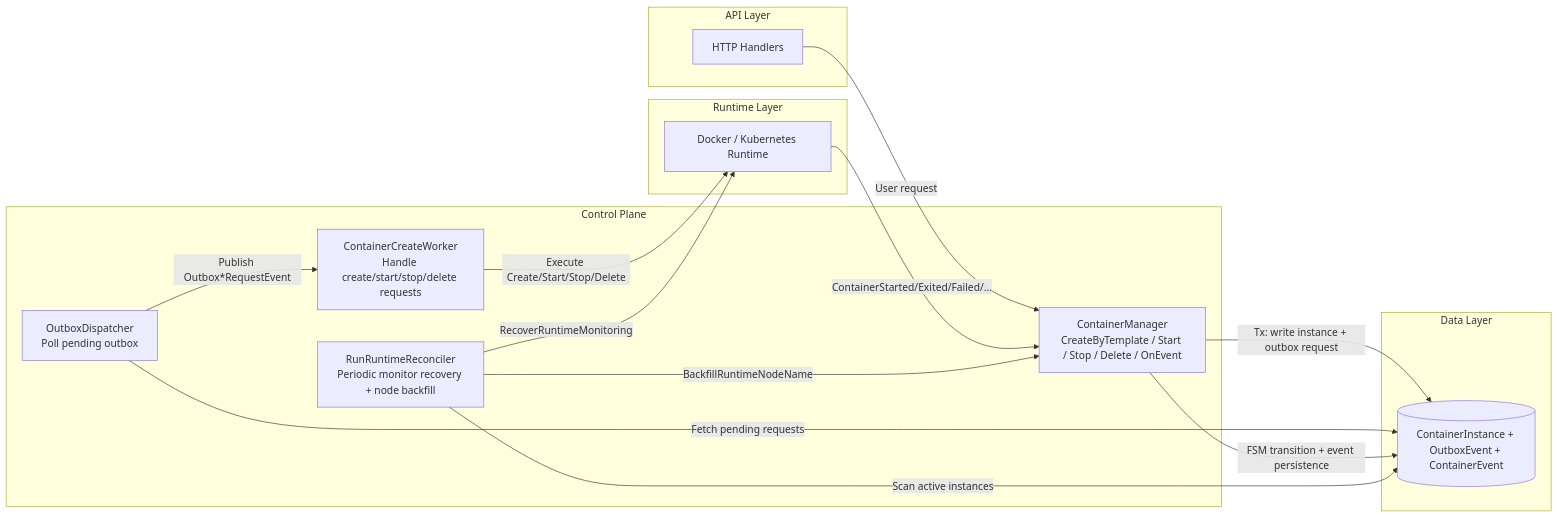
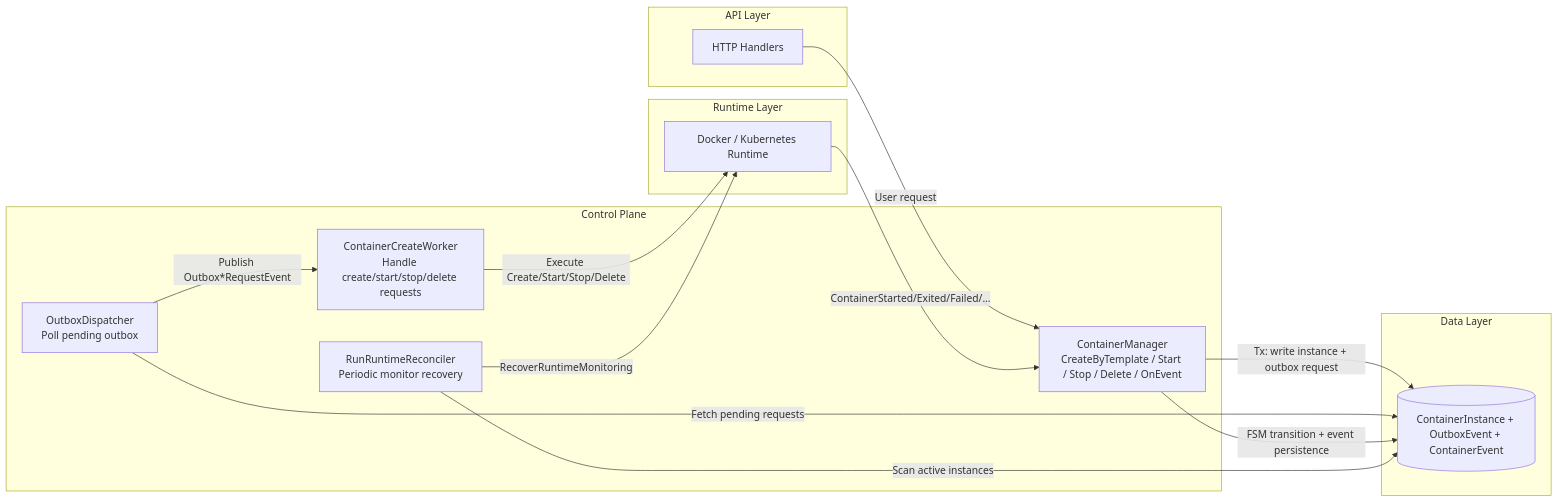
Before and after one commit to gobravedev/gobrave-doc: the first of 4 diagrams in content/en/docs/container-worker.md, drawn with Mermaid. The commit also changed other lines of this file and 1 other file, not shown here.

Commit message:
Refine recovery loop description in container worker documentation

````diff
--- a/content/en/docs/container-worker.md
+++ b/content/en/docs/container-worker.md
@@ -25,35 +25,34 @@
 ```mermaid
 flowchart LR
     subgraph API[API Layer]
         H[HTTP Handlers]
     end
 
     subgraph Core[Control Plane]
         M[ContainerManager\nCreateByTemplate / Start / Stop / Delete / OnEvent]
         D[OutboxDispatcher\nPoll pending outbox]
         W[ContainerCreateWorker\nHandle create/start/stop/delete requests]
-        R[RunRuntimeReconciler\nPeriodic monitor recovery + node backfill]
+        R[RunRuntimeReconciler\nPeriodic monitor recovery]
     end
 
     subgraph Data[Data Layer]
         DB[(ContainerInstance + OutboxEvent + ContainerEvent)]
     end
 
     subgraph Runtime[Runtime Layer]
         RT[Docker / Kubernetes Runtime]
     end
 
     H -->|User request| M
     M -->|Tx: write instance + outbox request| DB
 
     D -->|Fetch pending requests| DB
     D -->|Publish Outbox*RequestEvent| W
 
     W -->|Execute Create/Start/Stop/Delete| RT
     RT -->|ContainerStarted/Exited/Failed/...| M
     M -->|FSM transition + event persistence| DB
 
     R -->|RecoverRuntimeMonitoring| RT
-    R -->|BackfillRuntimeNodeName| M
     R -->|Scan active instances| DB
 ```
````
